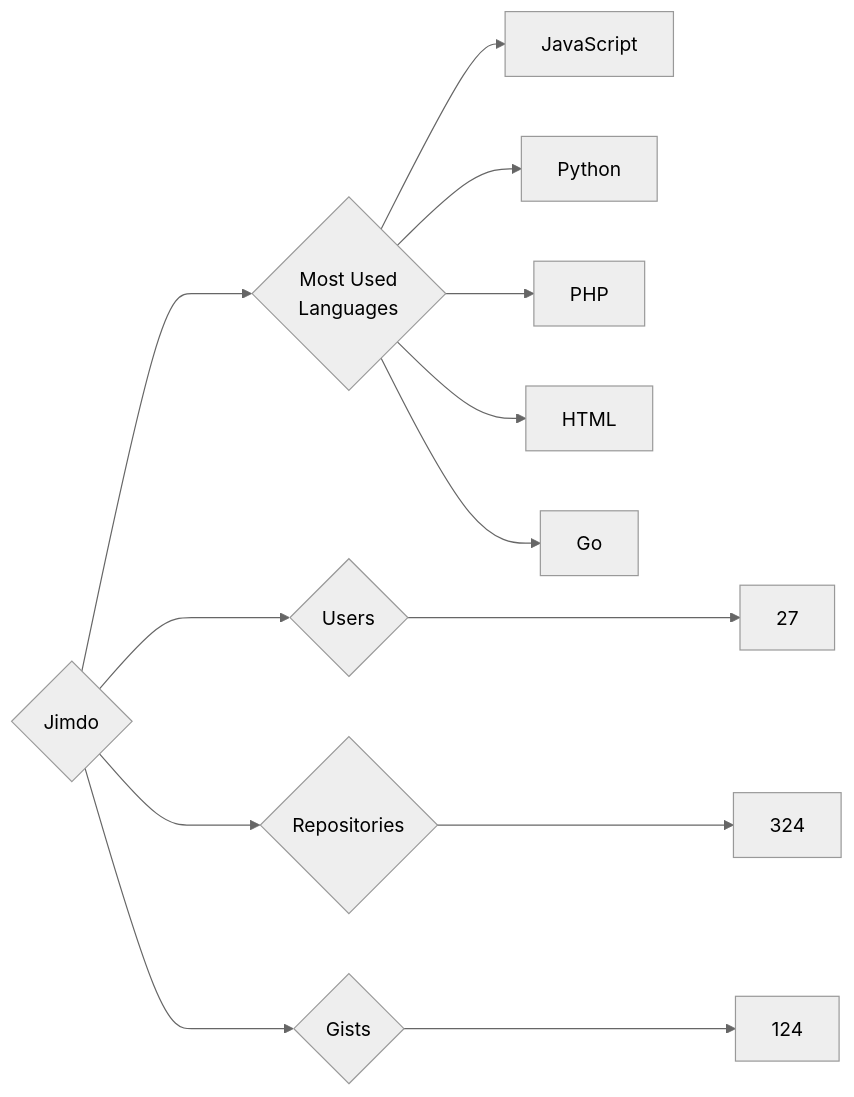
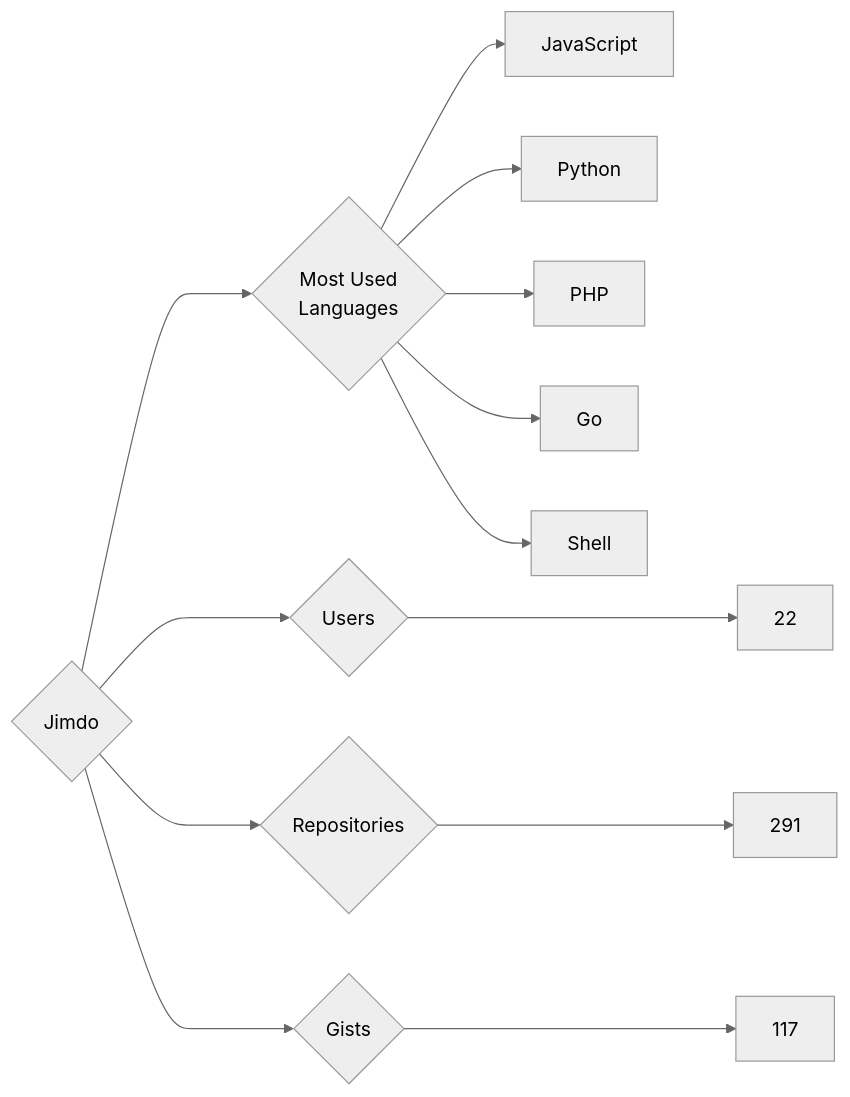
The diagram in targets/Jimdo/README.md (trickest/insiders), drawn with Mermaid (neutral theme) before and after one commit. The commit also changed 925 other files, not shown here.

````diff
--- a/targets/Jimdo/README.md
+++ b/targets/Jimdo/README.md
@@ -3,13 +3,13 @@
 ```mermaid
 graph LR
 COMPANY_NAME{Jimdo}
-COMPANY_NAME ---> U{Users} ---> UN[27]
-COMPANY_NAME ---> R{Repositories} ---> RN[324]
-COMPANY_NAME ---> G{Gists} ---> GN[124]
+COMPANY_NAME ---> U{Users} ---> UN[22]
+COMPANY_NAME ---> R{Repositories} ---> RN[291]
+COMPANY_NAME ---> G{Gists} ---> GN[117]
 COMPANY_NAME ---> ML{Most Used<br>Languages}
 ML --> JavaScript[JavaScript]
 ML --> Python[Python]
 ML --> PHP[PHP]
-ML --> HTML[HTML]
 ML --> Go[Go]
+ML --> Shell[Shell]
 ```
````
